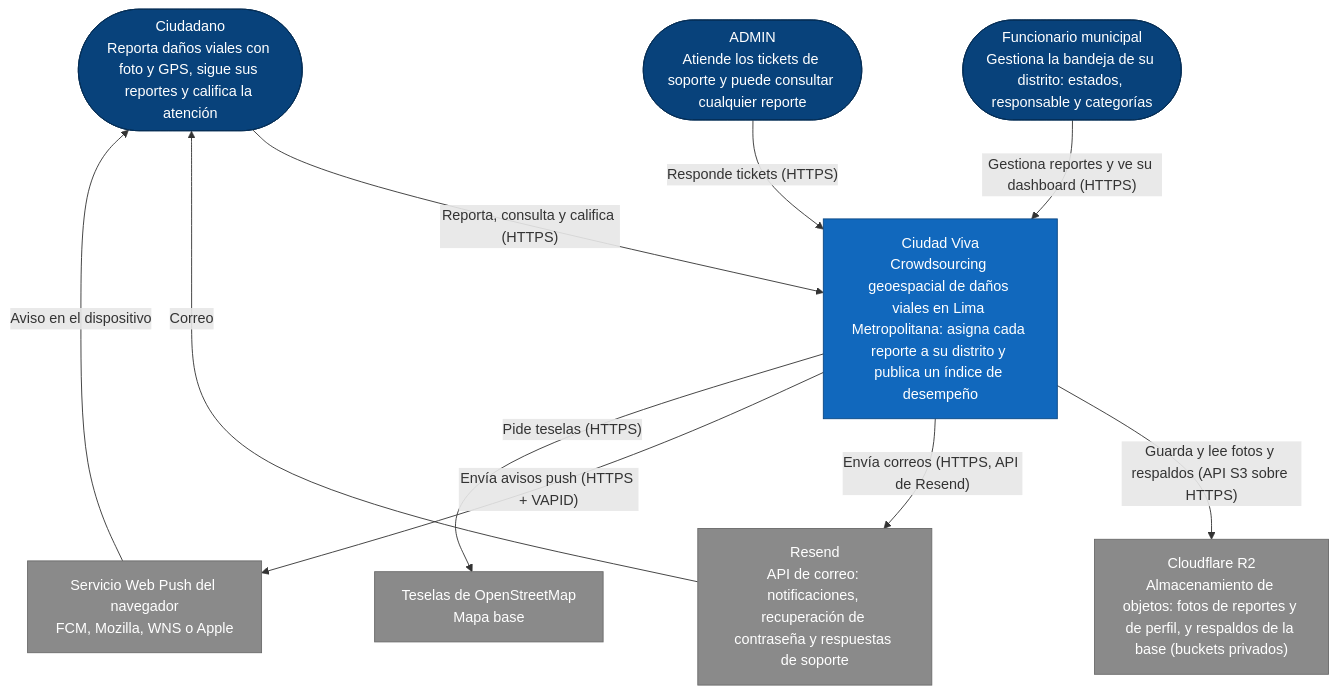
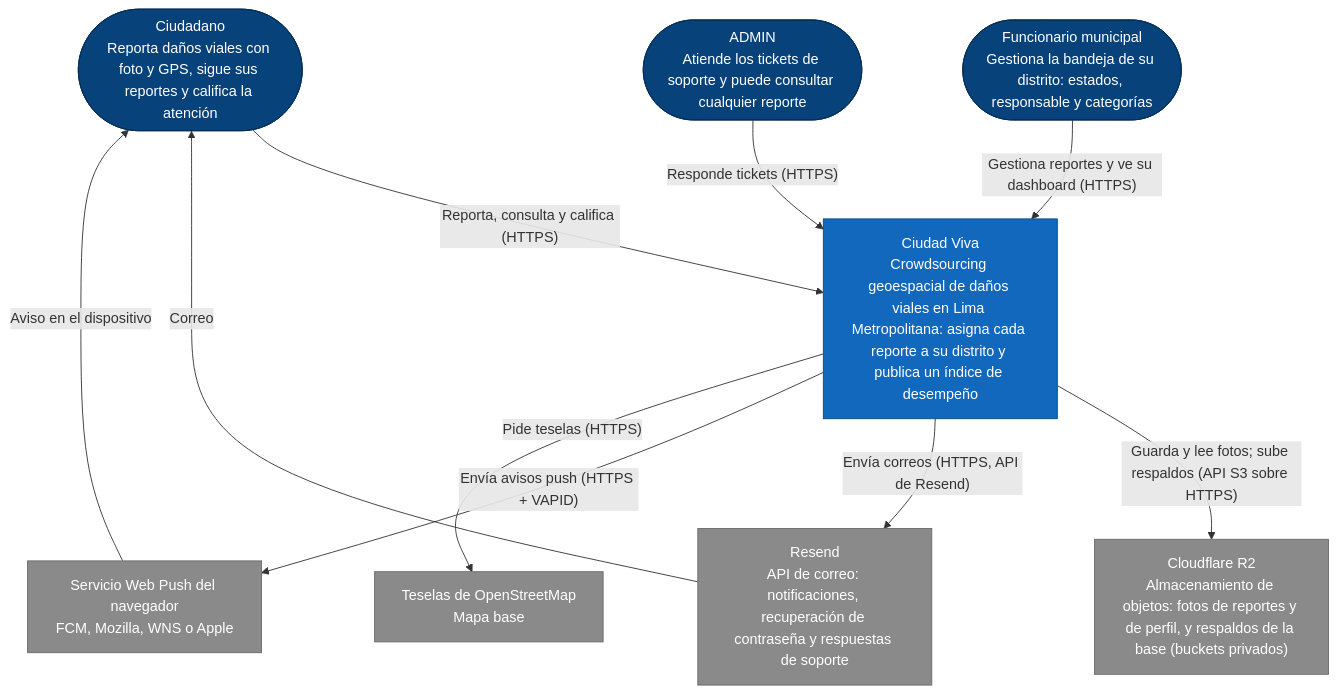
The diagram in docs/arquitectura/c4-contexto.md (TP202620041/tesis), drawn with Mermaid before and after one commit. The commit also changed other lines of this file and 3 other files, not shown here.

First line of the commit message:
DOC: diagramas, observaciones de la revisión del PR #102

````diff
--- a/docs/arquitectura/c4-contexto.md
+++ b/docs/arquitectura/c4-contexto.md
@@ -5,30 +5,30 @@
 ```mermaid
 flowchart TB
   ciudadano(["Ciudadano<br/>Reporta daños viales con foto y GPS, sigue sus reportes y califica la atención"])
   funcionario(["Funcionario municipal<br/>Gestiona la bandeja de su distrito: estados, responsable y categorías"])
   admin(["ADMIN<br/>Atiende los tickets de soporte y puede consultar cualquier reporte"])
 
   viasegura["Ciudad Viva<br/>Crowdsourcing geoespacial de daños viales en Lima Metropolitana: asigna cada reporte a su distrito y publica un índice de desempeño"]
 
   r2["Cloudflare R2<br/>Almacenamiento de objetos: fotos de reportes y de perfil, y respaldos de la base (buckets privados)"]
   resend["Resend<br/>API de correo: notificaciones, recuperación de contraseña y respuestas de soporte"]
   push["Servicio Web Push del navegador<br/>FCM, Mozilla, WNS o Apple"]
   osm["Teselas de OpenStreetMap<br/>Mapa base"]
 
   ciudadano -->|"Reporta, consulta y califica (HTTPS)"| viasegura
   funcionario -->|"Gestiona reportes y ve su dashboard (HTTPS)"| viasegura
   admin -->|"Responde tickets (HTTPS)"| viasegura
-  viasegura -->|"Guarda y lee fotos y respaldos (API S3 sobre HTTPS)"| r2
+  viasegura -->|"Guarda y lee fotos; sube respaldos (API S3 sobre HTTPS)"| r2
   viasegura -->|"Envía correos (HTTPS, API de Resend)"| resend
   viasegura -->|"Envía avisos push (HTTPS + VAPID)"| push
   viasegura -->|"Pide teselas (HTTPS)"| osm
   resend -->|"Correo"| ciudadano
   push -->|"Aviso en el dispositivo"| ciudadano
 
   classDef persona fill:#08427b,stroke:#052e56,color:#ffffff
   classDef sistema fill:#1168bd,stroke:#0b4884,color:#ffffff
   classDef externo fill:#8a8a8a,stroke:#6b6b6b,color:#ffffff
   class ciudadano,funcionario,admin persona
   class viasegura sistema
   class r2,resend,push,osm externo
 ```
````
